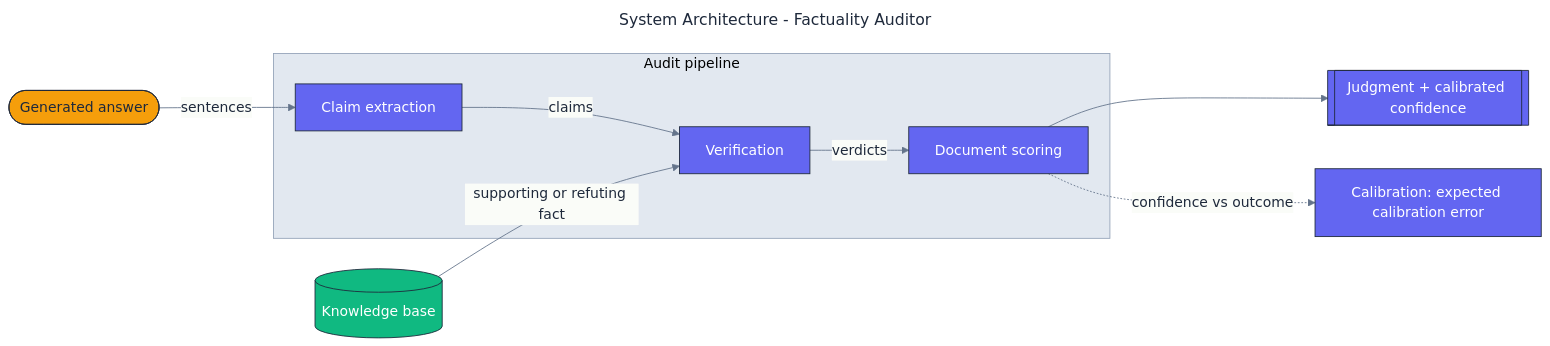
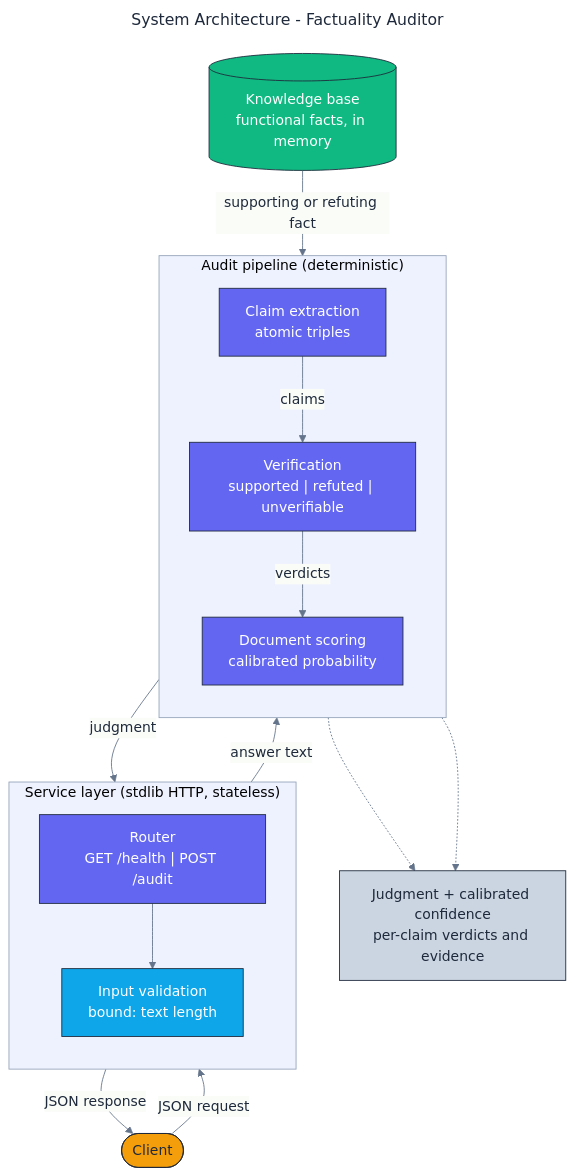
One commit to adeoluo/factuality-auditor changed the diagram in docs/architecture/architecture.mmd. Above: the diagram before and after it, drawn with Mermaid. The commit also changed 9 other files, not shown here.

First line of the commit message:
feat: add HTTP service, stress benchmark, and operations documentation

```diff
--- a/docs/architecture/architecture.mmd
+++ b/docs/architecture/architecture.mmd
@@ -1,36 +1,46 @@
 ---
 title: System Architecture - Factuality Auditor
 config:
   theme: base
   themeVariables:
     fontFamily: "Inter, system-ui, sans-serif"
     primaryColor: "#F8FAFC"
     primaryBorderColor: "#1E293B"
     primaryTextColor: "#1E293B"
     lineColor: "#64748B"
-    clusterBkg: "#E2E8F0"
+    clusterBkg: "#EEF2FF"
     clusterBorder: "#94A3B8"
 ---
-flowchart LR
+flowchart TB
+    classDef edge     fill:#F59E0B,stroke:#1E293B,color:#1E293B,stroke-width:1px;
     classDef core     fill:#6366F1,stroke:#1E293B,color:#ffffff,stroke-width:1px;
     classDef data     fill:#10B981,stroke:#1E293B,color:#ffffff,stroke-width:1px;
-    classDef external fill:#F59E0B,stroke:#1E293B,color:#1E293B,stroke-width:1px;
+    classDef control  fill:#0EA5E9,stroke:#1E293B,color:#ffffff,stroke-width:1px;
+    classDef obs      fill:#CBD5E1,stroke:#1E293B,color:#1E293B,stroke-width:1px;
 
-    Answer([Generated answer]):::external
+    Client([Client]):::edge
 
-    subgraph Pipeline["Audit pipeline"]
-        Extract[Claim extraction]:::core
-        Verify[Verification]:::core
-        Score[Document scoring]:::core
+    subgraph Edge["Service layer (stdlib HTTP, stateless)"]
+        direction TB
+        Router["Router<br/>GET /health | POST /audit"]:::core
+        Validate["Input validation<br/>bound: text length"]:::control
     end
 
-    KB[(Knowledge base)]:::data
-    Calibrate[Calibration: expected calibration error]:::core
-    Judgment[["Judgment + calibrated confidence"]]:::core
+    subgraph Pipeline["Audit pipeline (deterministic)"]
+        direction TB
+        Extract["Claim extraction<br/>atomic triples"]:::core
+        Verify["Verification<br/>supported | refuted | unverifiable"]:::core
+        Score["Document scoring<br/>calibrated probability"]:::core
+    end
 
-    Answer -->|sentences| Extract
+    KB[(Knowledge base<br/>functional facts, in memory)]:::data
+    Judgment["Judgment + calibrated confidence<br/>per-claim verdicts and evidence"]:::obs
+
+    Client -->|JSON request| Router --> Validate
+    Validate -->|answer text| Extract
     Extract -->|claims| Verify
     KB -->|supporting or refuting fact| Verify
     Verify -->|verdicts| Score
-    Score --> Judgment
-    Score -.->|confidence vs outcome| Calibrate
+    Score -->|judgment| Router -->|JSON response| Client
+    Score -.-> Judgment
+    Verify -.-> Judgment
```
